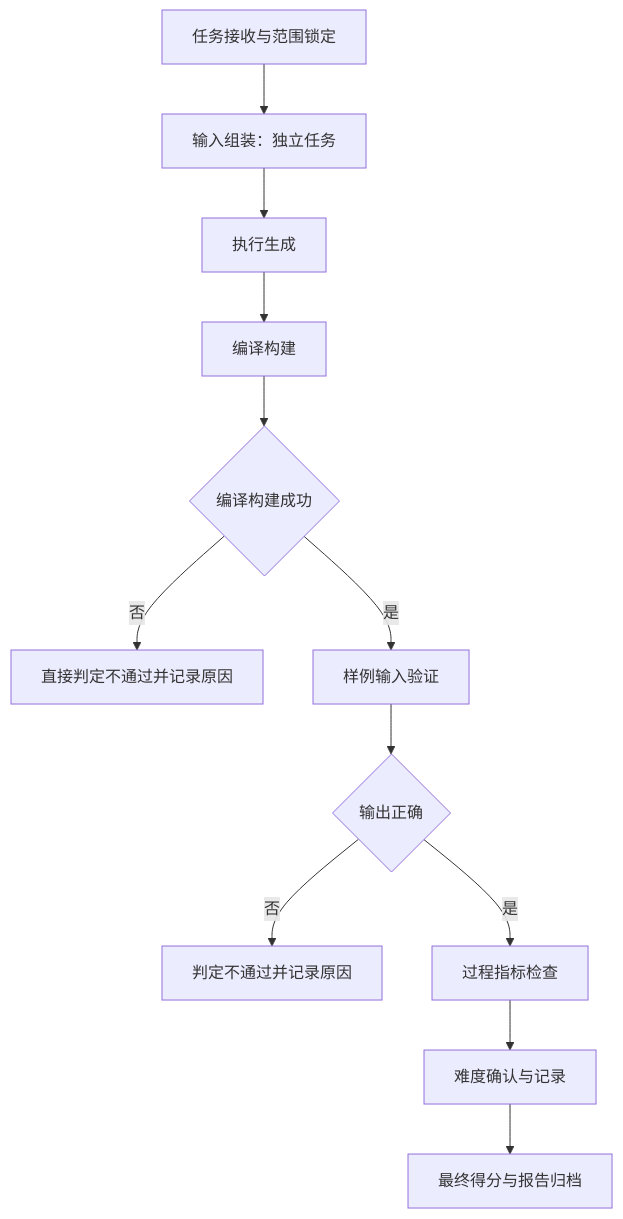
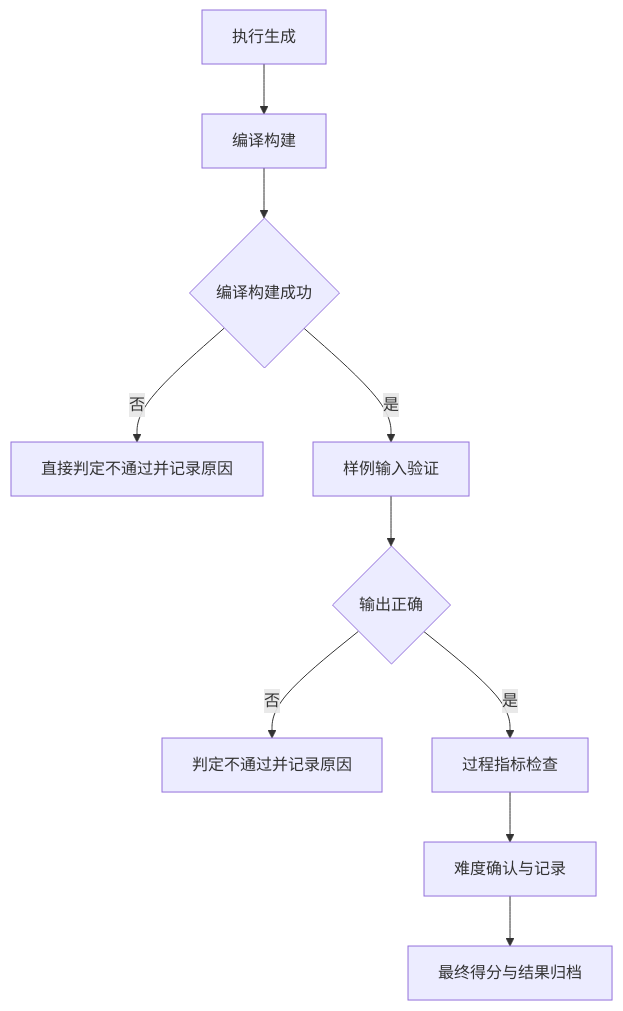
Before and after one commit to ShinagawaSimo/code-generation-evaluation: the diagram in docs/zh/independent_gen_eval_flow_ZH.md, drawn with Mermaid. The commit also changed other lines of this file and 45 other files, not shown here.

````diff
--- a/docs/zh/independent_gen_eval_flow_ZH.md
+++ b/docs/zh/independent_gen_eval_flow_ZH.md
@@ -3,14 +3,12 @@
 ```mermaid
 graph TD
-   A[任务接收与范围锁定] --> B[输入组装：独立任务]
-   B --> C[执行生成]
-   C --> D[编译构建]
-   D --> E{编译构建成功}
-   E -->|否| F[直接判定不通过并记录原因]
-   E -->|是| G[样例输入验证]
-   G --> H{输出正确}
-   H -->|否| I[判定不通过并记录原因]
-   H -->|是| J[过程指标检查]
-   J --> K[难度确认与记录]
-   K --> N[最终得分与报告归档]
+   A[执行生成] --> B[编译构建]
+   B --> C{编译构建成功}
+   C -->|否| D[直接判定不通过并记录原因]
+   C -->|是| E[样例输入验证]
+   E --> F{输出正确}
+   F -->|否| G[判定不通过并记录原因]
+   F -->|是| H[过程指标检查]
+   H --> I[难度确认与记录]
+   I --> J[最终得分与结果归档]
 ```
````
